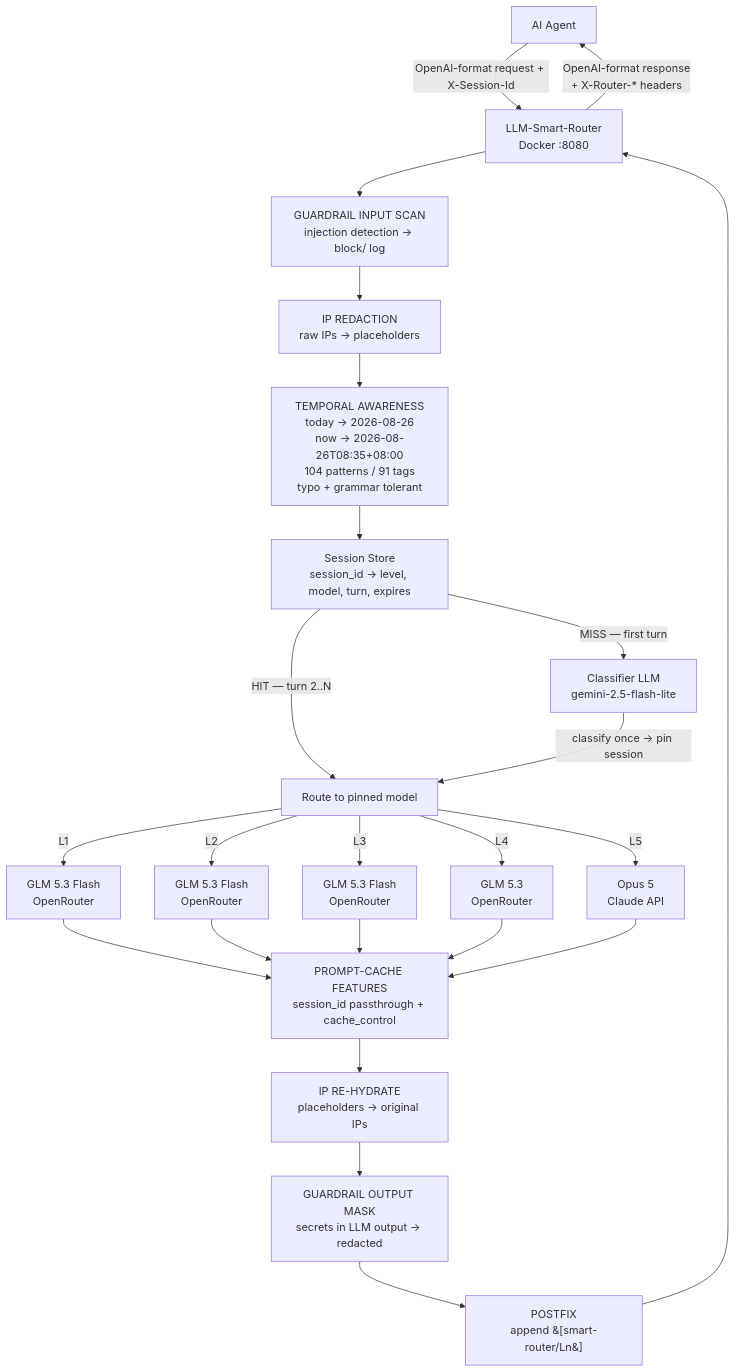
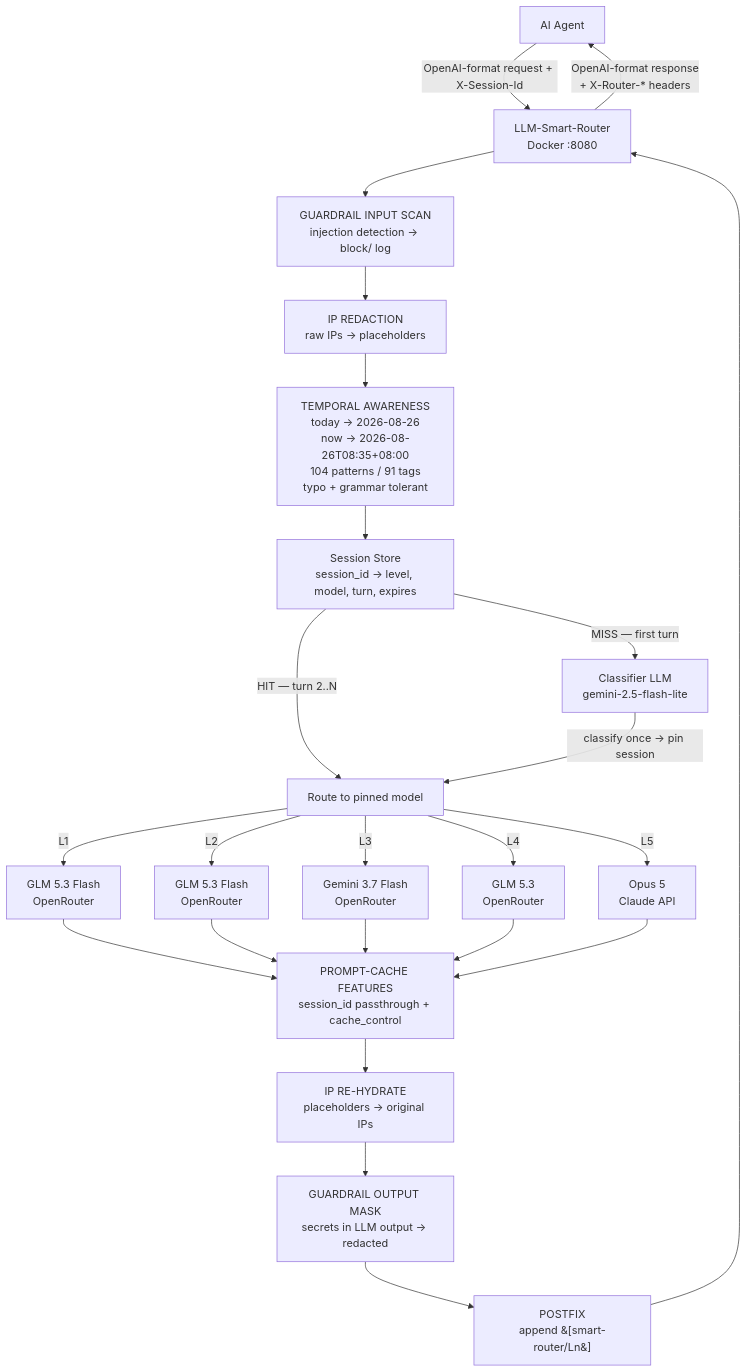
Before and after one commit to Green-Needle-Tech/llm-smart-router: the first of 2 diagrams in llm-smart-router-spec.md, drawn with Mermaid. The commit also changed other lines of this file and 2 other files, not shown here.

Commit message:
docs: update README and spec for L3 tier switch to gemini-3.7-flash (v2.10.1)

````diff
--- a/llm-smart-router-spec.md
+++ b/llm-smart-router-spec.md
@@ -40,30 +40,30 @@
 ```mermaid
 flowchart TD
     A[AI Agent] -->|"OpenAI-format request + X-Session-Id"| B["LLM-Smart-Router<br/>Docker :8080"]
     B -->|"OpenAI-format response<br/>+ X-Router-* headers"| A
     B --> G["GUARDRAIL INPUT SCAN<br/>injection detection → block/ log"]
     G --> P["IP REDACTION<br/>raw IPs → placeholders"]
     P --> P2T["TEMPORAL AWARENESS\ntoday → 2026-08-26\nnow → 2026-08-26T08:35+08:00\n104 patterns / 91 tags\ntypo + grammar tolerant"]
     P2T --> S["Session Store<br/>session_id → level, model, turn, expires"]
 
     S -->|"MISS — first turn"| C["Classifier LLM<br/>gemini-2.5-flash-lite"]
     S -->|"HIT — turn 2..N"| R["Route to pinned model"]
 
     C -->|"classify once → pin session"| R
 
     R -->|"L1"| M1["GLM 5.3 Flash<br/>OpenRouter"]
     R -->|"L2"| M2["GLM 5.3 Flash<br/>OpenRouter"]
-    R -->|"L3"| M3["GLM 5.3 Flash<br/>OpenRouter"]
+    R -->|"L3"| M3["Gemini 3.7 Flash<br/>OpenRouter"]
     R -->|"L4"| M4["GLM 5.3<br/>OpenRouter"]
     R -->|"L5"| M5["Opus 5<br/>Claude API"]
 
     M1 --> PC["PROMPT-CACHE FEATURES<br/>session_id passthrough + cache_control"]
     M2 --> PC
     M3 --> PC
     M4 --> PC
     M5 --> PC
     PC --> RH["IP RE-HYDRATE<br/>placeholders → original IPs"]
     RH --> OM["GUARDRAIL OUTPUT MASK<br/>secrets in LLM output → redacted"]
     OM --> PF["POSTFIX<br/>append &#91;smart-router/Ln&#93;"]
     PF --> B
 ```
````
